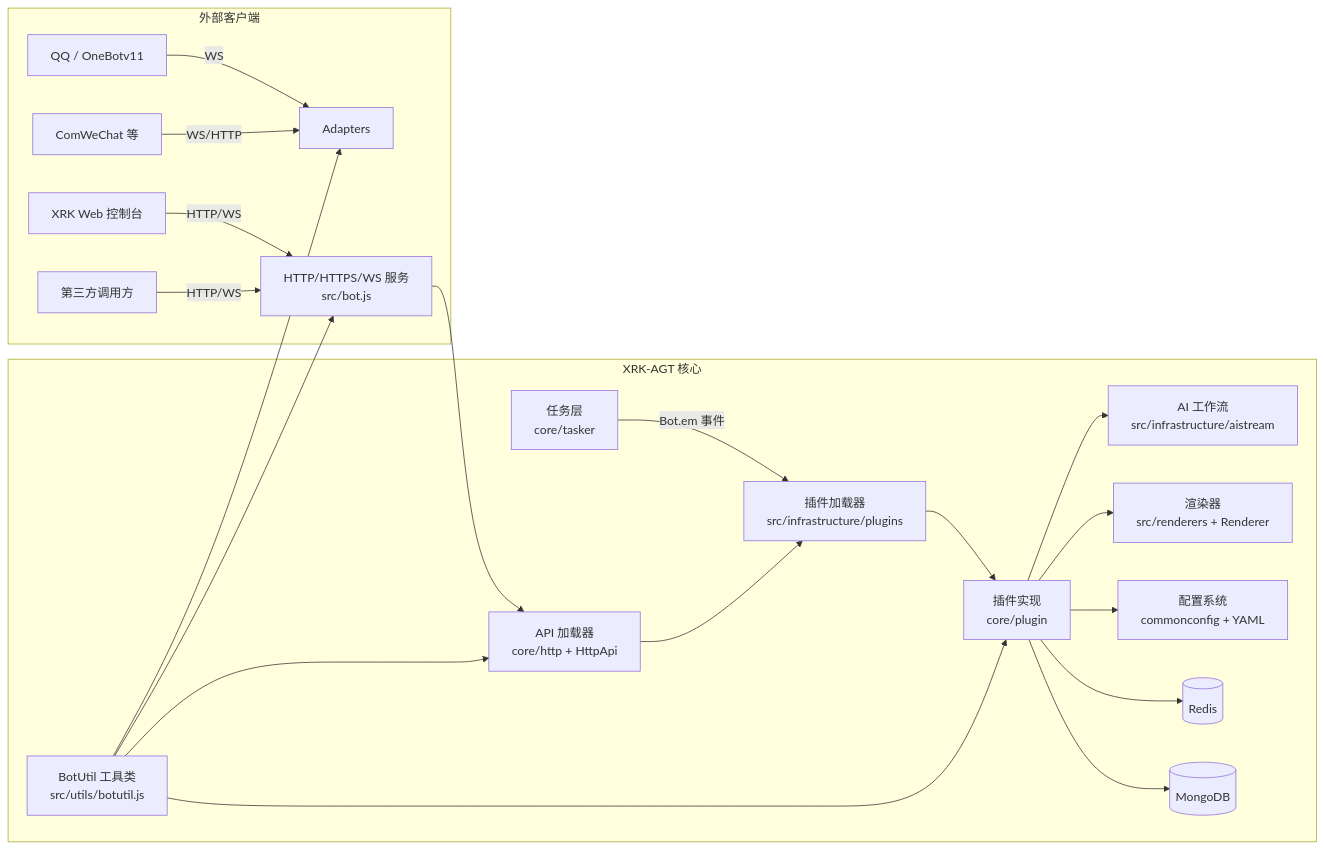
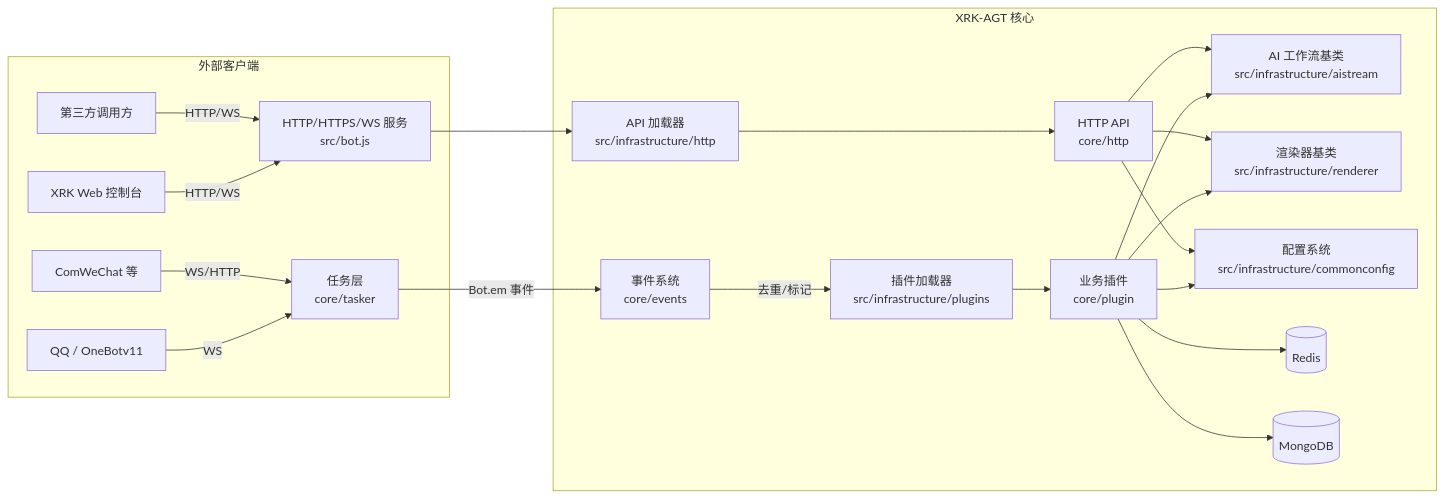
One commit to sunflowermm/XRK-AGT changed the second of 2 diagrams in README.md. Above: the diagram before and after it, drawn with Mermaid. The commit also changed other lines of this file, not shown here.

````diff
--- a/README.md
+++ b/README.md
@@ -21,25 +122,25 @@
 ```mermaid
 flowchart LR
     subgraph Clients["外部客户端"]
-      QQ["QQ / OneBotv11"] -->|WS| Adapters
-      WeChat["ComWeChat 等"] -->|WS/HTTP| Adapters
+      QQ["QQ / OneBotv11"] -->|WS| Taskers
+      WeChat["ComWeChat 等"] -->|WS/HTTP| Taskers
       WebUI["XRK Web 控制台"] -->|HTTP/WS| Express
       ThirdAPI["第三方调用方"] -->|HTTP/WS| Express
     end
 
     subgraph Core["XRK-AGT 核心"]
-      Taskers["任务层\ncore/tasker"] -->|Bot.em 事件| PluginsLoader
-      Express["HTTP/HTTPS/WS 服务\nsrc/bot.js"] --> ApiLoader
-      ApiLoader["API 加载器\ncore/http + HttpApi"] --> PluginsLoader
-      PluginsLoader["插件加载器\nsrc/infrastructure/plugins"] --> Plugins["插件实现\ncore/plugin"]
-      Plugins --> AIStream["AI 工作流\nsrc/infrastructure/aistream"]
-      Plugins --> Renderer["渲染器\nsrc/renderers + Renderer"]
-      Plugins --> Config["配置系统\ncommonconfig + YAML"]
+      Taskers["任务层<br/>core/tasker"] -->|Bot.em 事件| EventSystem
+      EventSystem["事件系统<br/>core/events"] -->|去重/标记| PluginsLoader
+      Express["HTTP/HTTPS/WS 服务<br/>src/bot.js"] --> ApiLoader
+      ApiLoader["API 加载器<br/>src/infrastructure/http"] --> HttpApis
+      PluginsLoader["插件加载器<br/>src/infrastructure/plugins"] --> Plugins["业务插件<br/>core/plugin"]
+      Plugins --> AIStream["AI 工作流基类<br/>src/infrastructure/aistream"]
+      Plugins --> Renderer["渲染器基类<br/>src/infrastructure/renderer"]
+      Plugins --> Config["配置系统<br/>src/infrastructure/commonconfig"]
       Plugins --> Redis[("Redis")]
       Plugins --> MongoDB[("MongoDB")]
-      BotUtil["BotUtil 工具类\nsrc/utils/botutil.js"] --> Plugins
-      BotUtil --> Express
-      BotUtil --> ApiLoader
-      BotUtil --> Adapters
+      HttpApis["HTTP API<br/>core/http"] --> AIStream
+      HttpApis --> Renderer
+      HttpApis --> Config
     end
 ```
````
